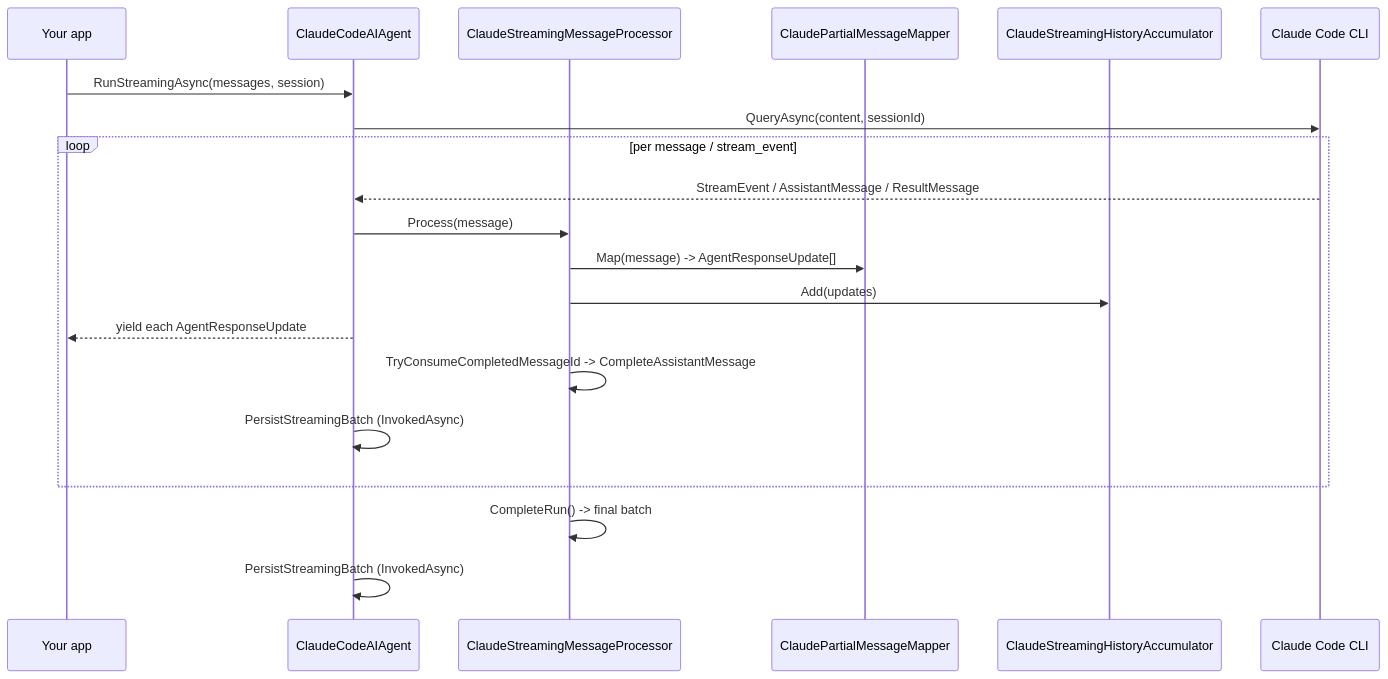
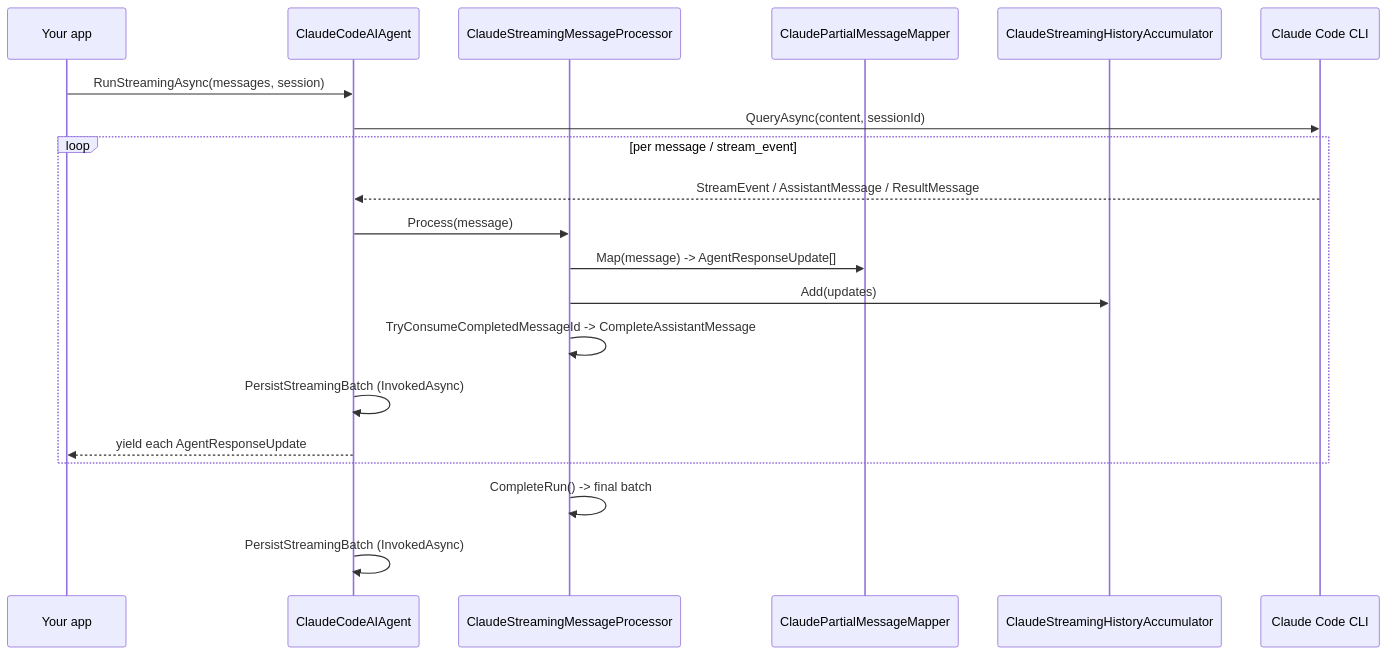
Before and after one commit to zxyao145/claude-code-sdk-csharp: the third of 6 diagrams in src/ClaudeCodeSdk.MAF/README.md, drawn with Mermaid. The commit also changed other lines of this file and 4 other files, not shown here.

````diff
--- a/src/ClaudeCodeSdk.MAF/README.md
+++ b/src/ClaudeCodeSdk.MAF/README.md
@@ -429,23 +428,23 @@
 ```mermaid
 sequenceDiagram
     participant App as Your app
     participant Agent as ClaudeCodeAIAgent
     participant Proc as ClaudeStreamingMessageProcessor
     participant Map as ClaudePartialMessageMapper
     participant Acc as ClaudeStreamingHistoryAccumulator
     participant CLI as Claude Code CLI
 
     App->>Agent: RunStreamingAsync(messages, session)
     Agent->>CLI: QueryAsync(content, sessionId)
     loop per message / stream_event
         CLI-->>Agent: StreamEvent / AssistantMessage / ResultMessage
         Agent->>Proc: Process(message)
         Proc->>Map: Map(message) -> AgentResponseUpdate[]
         Proc->>Acc: Add(updates)
-        Agent-->>App: yield each AgentResponseUpdate
         Proc->>Proc: TryConsumeCompletedMessageId -> CompleteAssistantMessage
         Agent->>Agent: PersistStreamingBatch (InvokedAsync)
+        Agent-->>App: yield each AgentResponseUpdate
     end
     Proc->>Proc: CompleteRun() -> final batch
     Agent->>Agent: PersistStreamingBatch (InvokedAsync)
 ```
````
